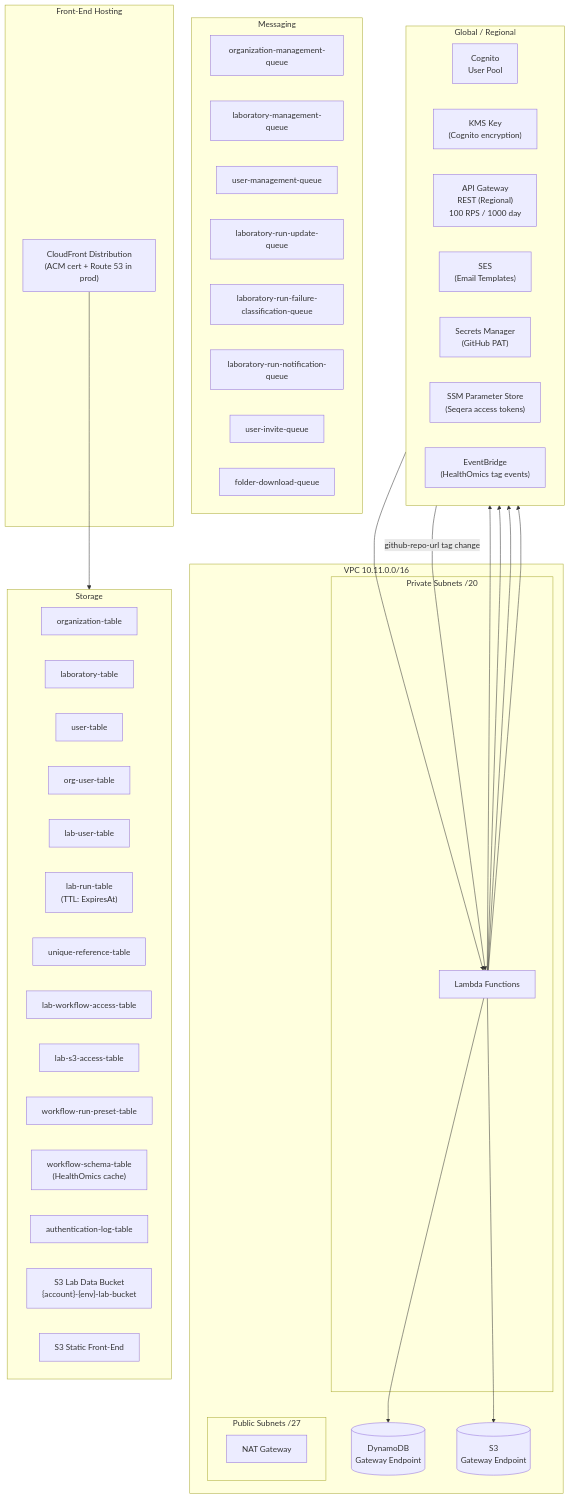
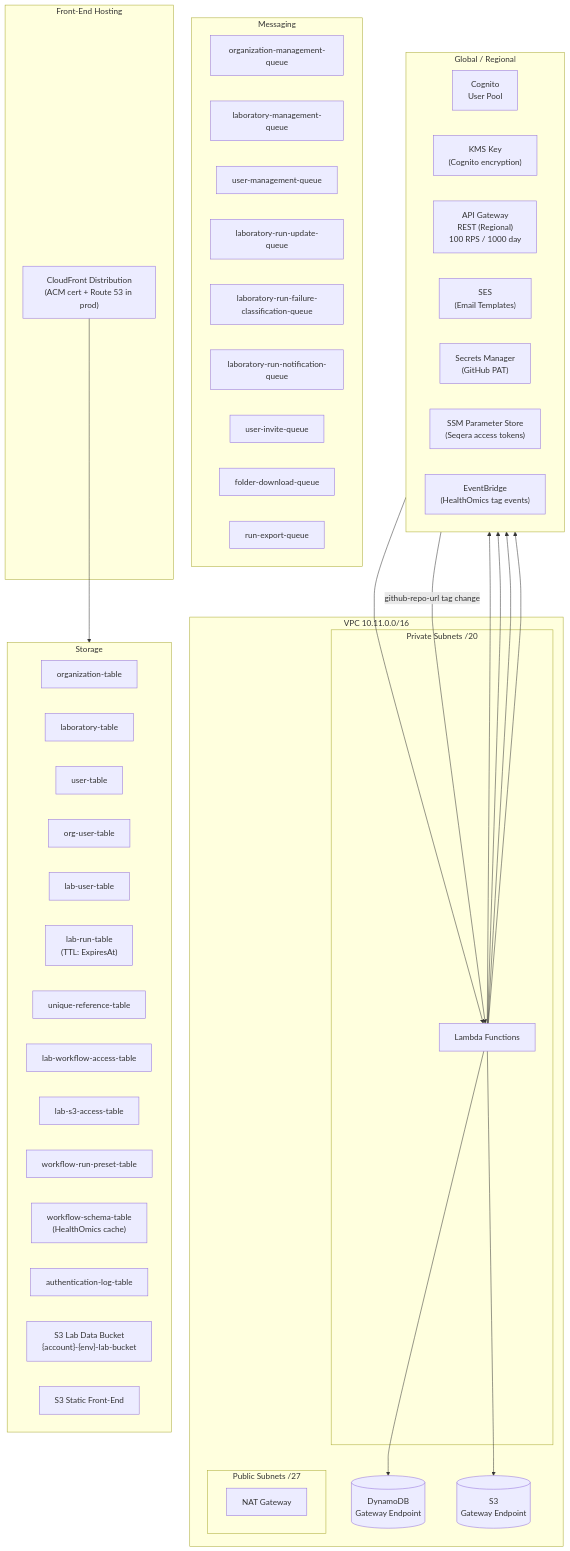
Before and after one commit to dept/easy-genomics: the second of 19 diagrams in docs/development/architecture.md, drawn with Mermaid. The commit also changed other lines of this file and 33 other files, not shown here.

````diff
--- a/docs/development/architecture.md
+++ b/docs/development/architecture.md
@@ -122,63 +122,64 @@
 ```mermaid
 graph TB
     subgraph "VPC  10.11.0.0/16"
         subgraph "Public Subnets /27"
             PUB["NAT Gateway"]
         end
         subgraph "Private Subnets /20"
             LAM["Lambda Functions"]
         end
         EP1[("DynamoDB<br/>Gateway Endpoint")]
         EP2[("S3<br/>Gateway Endpoint")]
     end
 
     subgraph "Global / Regional"
         direction LR
         COG["Cognito<br/>User Pool"]
         KMS["KMS Key<br/>(Cognito encryption)"]
         APIGW["API Gateway<br/>REST (Regional)<br/>100 RPS / 1000 day"]
         SES["SES<br/>(Email Templates)"]
         SM["Secrets Manager<br/>(GitHub PAT)"]
         SSM["SSM Parameter Store<br/>(Seqera access tokens)"]
         EB["EventBridge<br/>(HealthOmics tag events)"]
     end
 
     subgraph "Storage"
         direction LR
         DDB1["organization-table"]
         DDB2["laboratory-table"]
         DDB3["user-table"]
         DDB4["org-user-table"]
         DDB5["lab-user-table"]
         DDB6["lab-run-table<br/>(TTL: ExpiresAt)"]
         DDB7["unique-reference-table"]
         DDB8["lab-workflow-access-table"]
         DDB9["lab-s3-access-table"]
         DDB10["workflow-run-preset-table"]
         DDB11["workflow-schema-table<br/>(HealthOmics cache)"]
         DDB12["authentication-log-table"]
         S3LAB["S3 Lab Data Bucket<br/>{account}-{env}-lab-bucket"]
         S3FE["S3 Static Front-End"]
     end
 
     subgraph "Messaging"
         SQS1["organization-management-queue"]
         SQS2["laboratory-management-queue"]
         SQS3["user-management-queue"]
         SQS4["laboratory-run-update-queue"]
         SQS5["laboratory-run-failure-classification-queue"]
         SQS6["laboratory-run-notification-queue"]
         SQS7["user-invite-queue"]
         SQS8["folder-download-queue"]
+        SQS9["run-export-queue"]
     end
 
     subgraph "Front-End Hosting"
         CF["CloudFront Distribution<br/>(ACM cert + Route 53 in prod)"]
         CF --> S3FE
     end
 
     LAM --> EP1 & EP2
     LAM --> COG & SES & SM & SSM
     APIGW --> LAM
     EB -->|"github-repo-url tag change"| LAM
 ```
````
